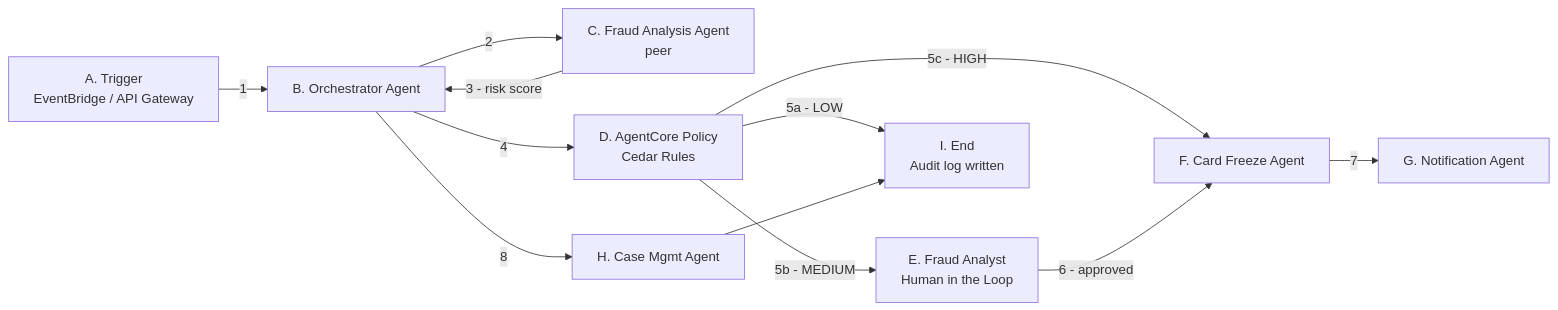
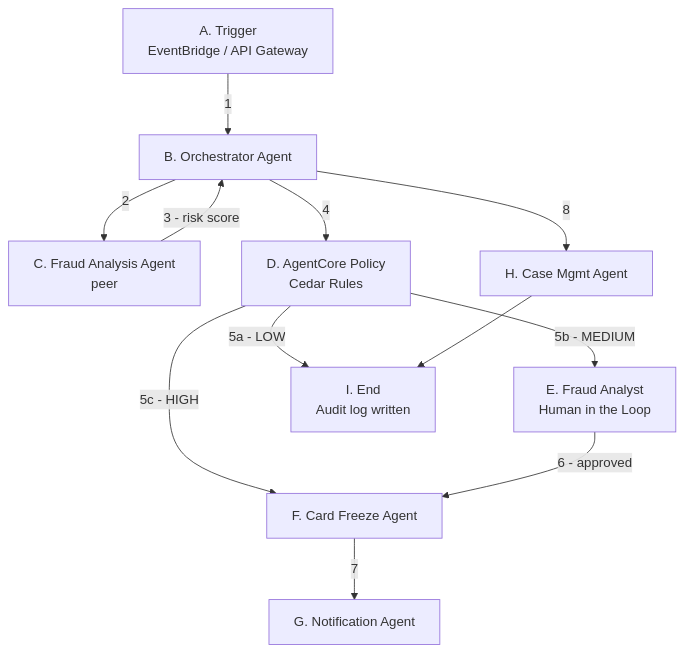
The second of 3 diagrams in 01_fraud-investigation-agent/README.md (Colombatto/Sample-fsi-use-cases-for-Amazon-Bedrock-AgentCore), drawn with Mermaid before and after one commit. The commit also changed other lines of this file, not shown here.

````diff
--- a/01_fraud-investigation-agent/README.md
+++ b/01_fraud-investigation-agent/README.md
@@ -153,24 +153,24 @@
 ```mermaid
-flowchart LR
+flowchart TD
     A["A. Trigger\nEventBridge / API Gateway"]
     B["B. Orchestrator Agent"]
     C["C. Fraud Analysis Agent\npeer"]
     D["D. AgentCore Policy\nCedar Rules"]
     E["E. Fraud Analyst\nHuman in the Loop"]
     F["F. Card Freeze Agent"]
     G["G. Notification Agent"]
     H["H. Case Mgmt Agent"]
     I["I. End\nAudit log written"]
 
     A -->|"1"| B
     B -->|"2"| C
     C -->|"3 - risk score"| B
     B -->|"4"| D
     D -->|"5a - LOW"| I
     D -->|"5b - MEDIUM"| E
     D -->|"5c - HIGH"| F
     E -->|"6 - approved"| F
     F -->|"7"| G
     B -->|"8"| H
     H --> I
 ```
````
